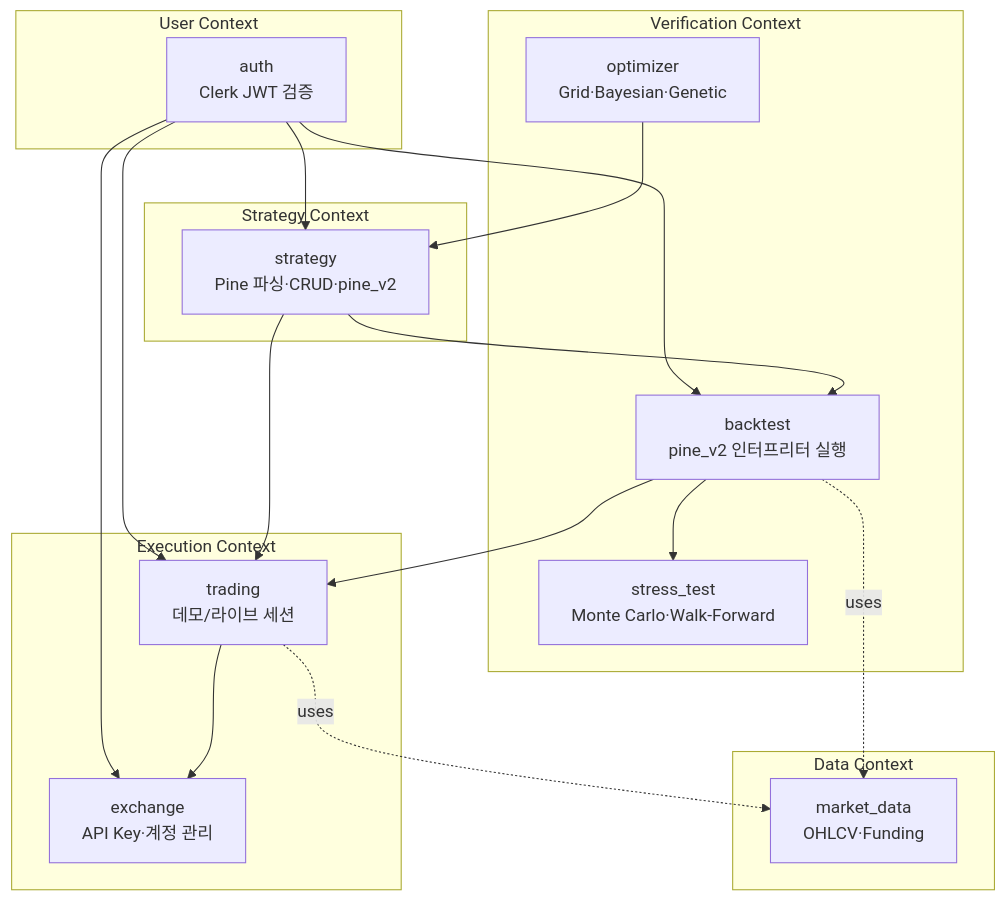
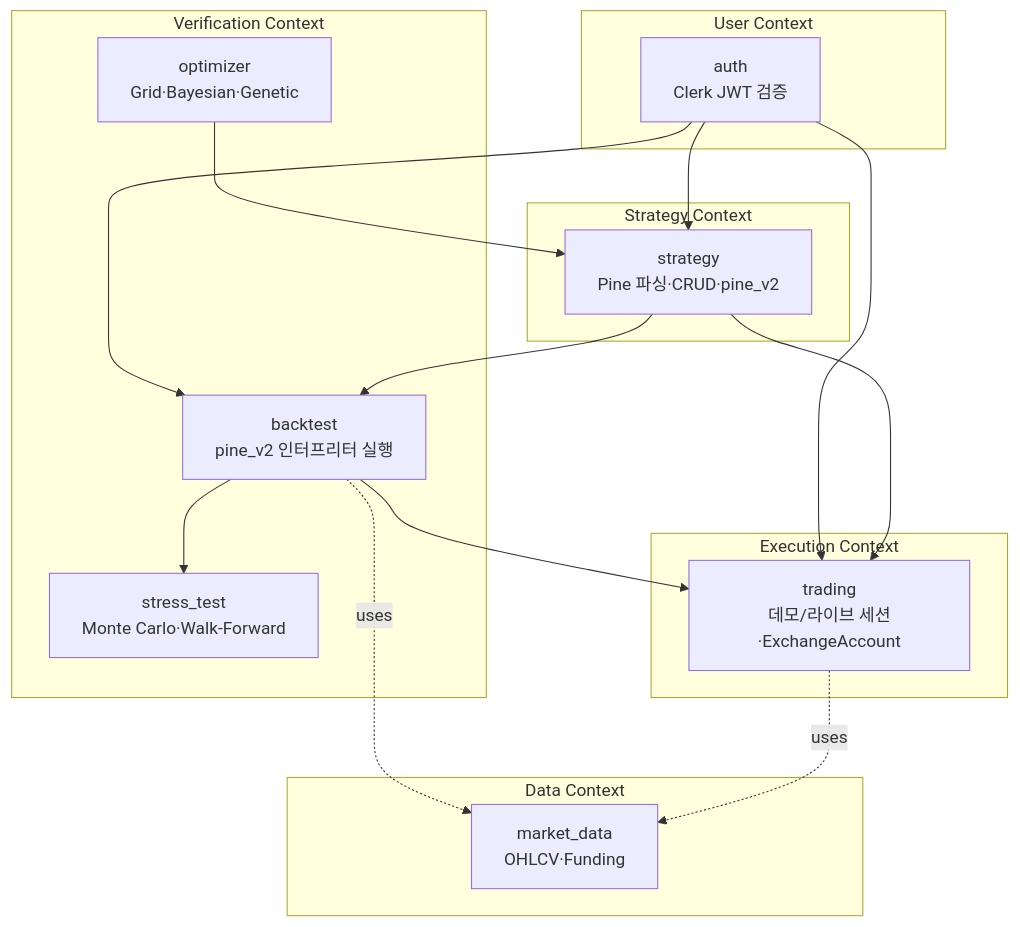
The diagram in docs/02_domain/domain-overview.md (woosung-dev/quantbridge), drawn with Mermaid before and after one commit. The commit also changed 2 other files, not shown here.

Commit message:
docs: apply Stage 6 zoom-out findings (exchange mermaid drift + engine-reuse relationship)
zoom-out capstone 이 발견한 2건 적용 (코드 변경 0):
- domain-overview.md §1 mermaid: 잔존 exchange 노드/edge 제거 (ADR-018 정합, §2와 자기모순 해소). trading 노드가 ExchangeAccount 흡수.
- CONTEXT.md Relationships: Optimizer/Stress Test 의 run_backtest 엔진 재사용 coupling 1줄 추가 (Monte Carlo 예외 명시, v2_adapter 변경 3-소비자 동시영향 = BL-388/389/391).
- zoom-out 맵 finding #1/#2 → '적용 완료' 표기.

````diff
--- a/docs/02_domain/domain-overview.md
+++ b/docs/02_domain/domain-overview.md
@@ -8,42 +8,39 @@
 ```mermaid
 flowchart TB
     subgraph User["User Context"]
         Auth[auth\nClerk JWT 검증]
     end
 
     subgraph Strategy["Strategy Context"]
         Str[strategy\nPine 파싱·CRUD·pine_v2]
     end
 
     subgraph Verify["Verification Context"]
         BT[backtest\npine_v2 인터프리터 실행]
         ST[stress_test\nMonte Carlo·Walk-Forward]
         Opt[optimizer\nGrid·Bayesian·Genetic]
     end
 
     subgraph Execute["Execution Context"]
-        Trd[trading\n데모/라이브 세션]
-        Ex[exchange\nAPI Key·계정 관리]
+        Trd[trading\n데모/라이브 세션·ExchangeAccount]
     end
 
     subgraph Data["Data Context"]
         MD[market_data\nOHLCV·Funding]
     end
 
     Auth --> Str
     Auth --> BT
     Auth --> Trd
-    Auth --> Ex
 
     Str --> BT
     Str --> Trd
 
     BT --> ST
     BT --> Trd
     BT -. uses .-> MD
 
     Opt --> Str
 
-    Trd --> Ex
     Trd -. uses .-> MD
 ```
````
